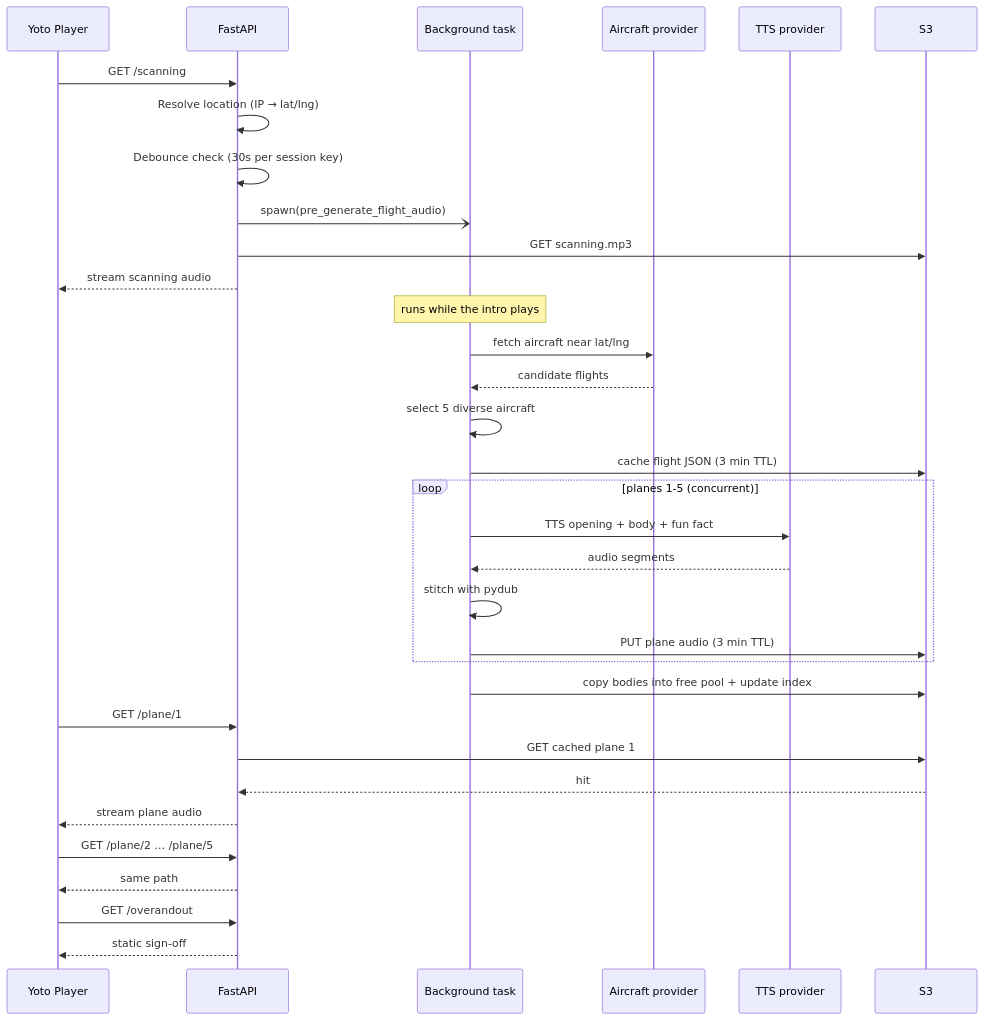
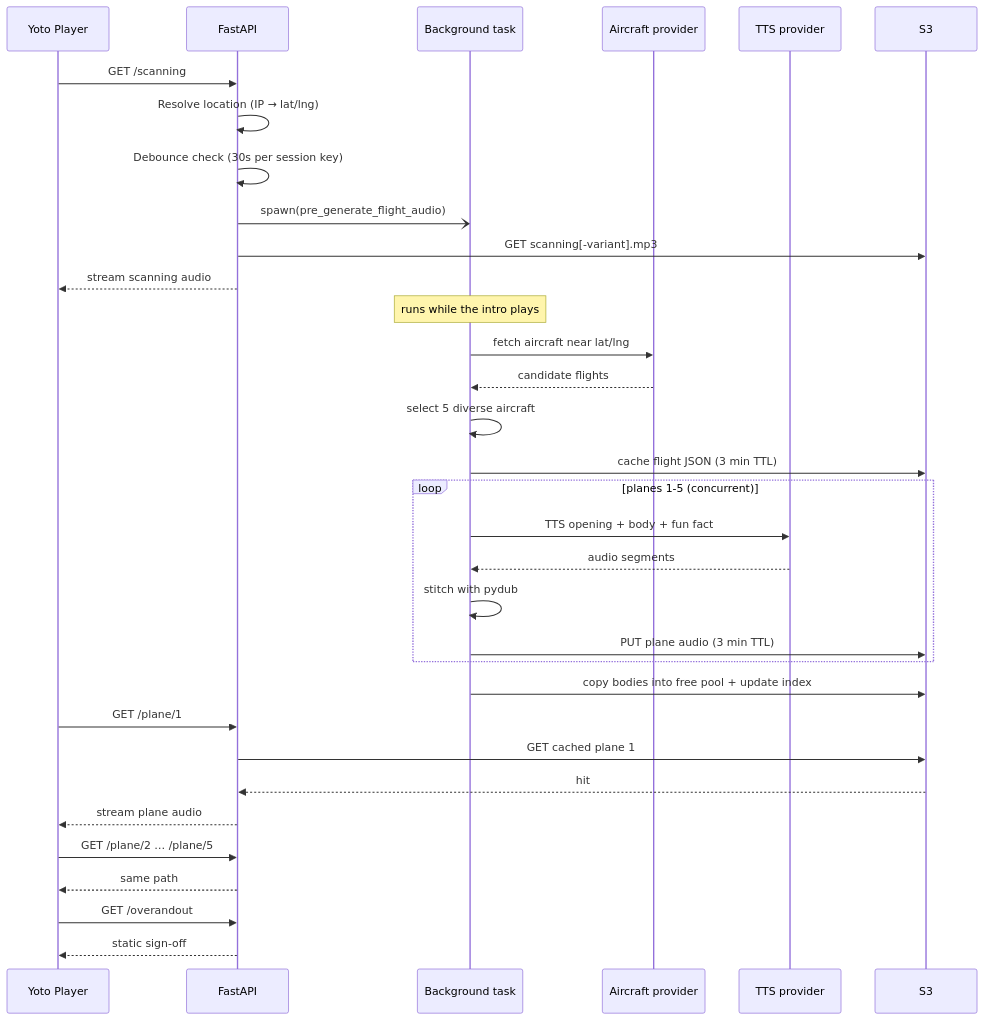
Before and after one commit to cjkm3rriman/dreaming-of-a-jet-plane: the second of 8 diagrams in docs/ARCHITECTURE.md, drawn with Mermaid. The commit also changed other lines of this file and 8 other files, not shown here.

````diff
--- a/docs/ARCHITECTURE.md
+++ b/docs/ARCHITECTURE.md
@@ -96,40 +96,40 @@
 ```mermaid
 sequenceDiagram
     participant Y as Yoto Player
     participant A as FastAPI
     participant BG as Background task
     participant P as Aircraft provider
     participant T as TTS provider
     participant S3 as S3
 
     Y->>A: GET /scanning
     A->>A: Resolve location (IP → lat/lng)
     A->>A: Debounce check (30s per session key)
     A-)BG: spawn(pre_generate_flight_audio)
-    A->>S3: GET scanning.mp3
+    A->>S3: GET scanning[-variant].mp3
     A-->>Y: stream scanning audio
 
     Note over BG: runs while the intro plays
     BG->>P: fetch aircraft near lat/lng
     P-->>BG: candidate flights
     BG->>BG: select 5 diverse aircraft
     BG->>S3: cache flight JSON (3 min TTL)
     loop planes 1-5 (concurrent)
         BG->>T: TTS opening + body + fun fact
         T-->>BG: audio segments
         BG->>BG: stitch with pydub
         BG->>S3: PUT plane audio (3 min TTL)
     end
     BG->>S3: copy bodies into free pool + update index
 
     Y->>A: GET /plane/1
     A->>S3: GET cached plane 1
     S3-->>A: hit
     A-->>Y: stream plane audio
 
     Y->>A: GET /plane/2 … /plane/5
     A-->>Y: same path
 
     Y->>A: GET /overandout
     A-->>Y: static sign-off
 ```
````
